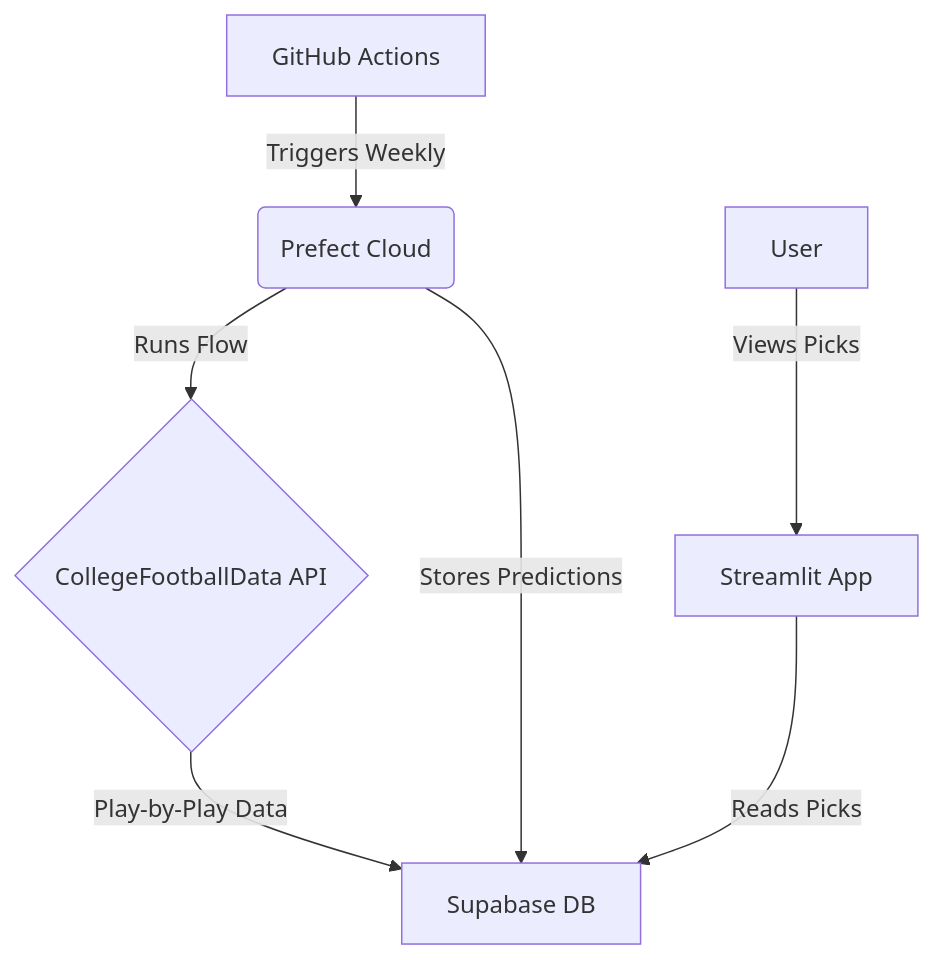
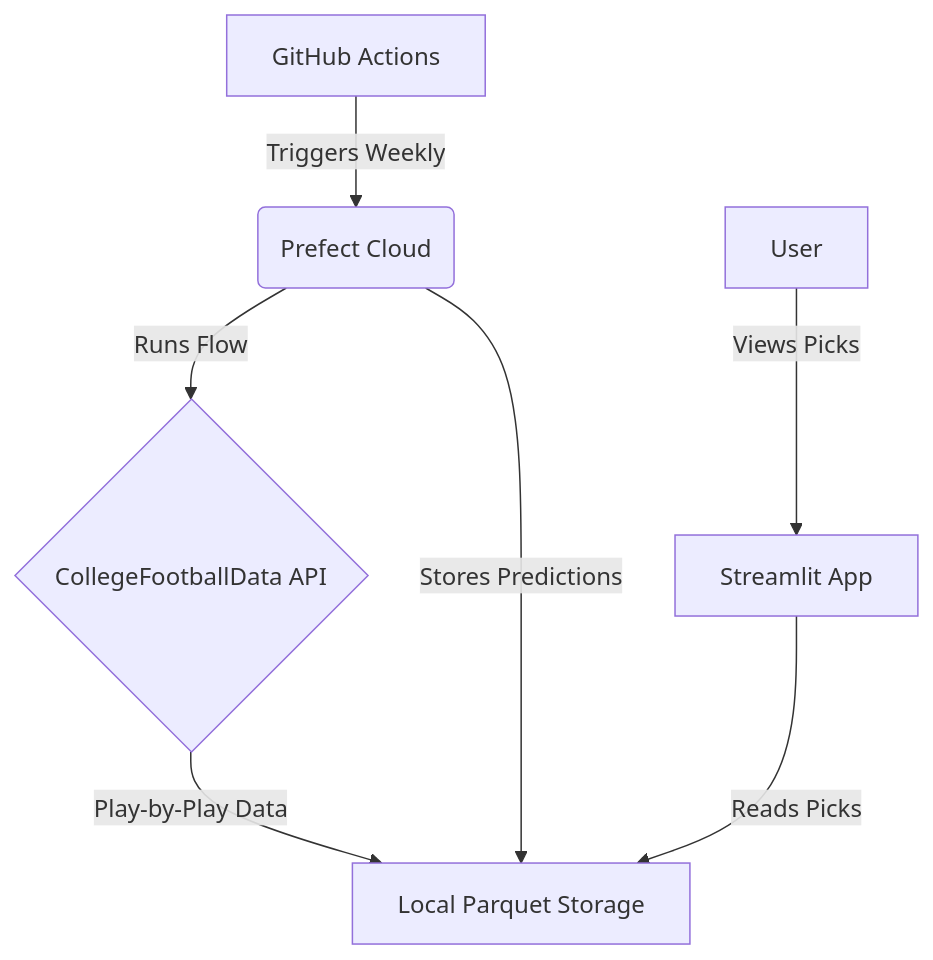
The diagram in docs/reference/project_charter.md (connorkitchings/cfb_model), drawn with Mermaid before and after one commit. The commit also changed other lines of this file and 48 other files, not shown here.

````diff
--- a/docs/reference/project_charter.md
+++ b/docs/reference/project_charter.md
@@ -91,9 +95,9 @@
 ```mermaid
 graph TD
-    A[GitHub Actions] -- Triggers Weekly --> B(Prefect Cloud);
-    B -- Runs Flow --> C{CollegeFootballData API};
-    C -- Play-by-Play Data --> D[Supabase DB];
-    B -- Stores Predictions --> D;
-    E[Streamlit App] -- Reads Picks --> D;
-    F[User] -- Views Picks --> E;
+    A[GitHub Actions] -- Triggers Weekly --> B(Prefect Cloud)
+    B -- Runs Flow --> C{CollegeFootballData API}
+    C -- Play-by-Play Data --> D[Local Parquet Storage]
+    B -- Stores Predictions --> D
+    E[Streamlit App] -- Reads Picks --> D
+    F[User] -- Views Picks --> E
 ```
````
